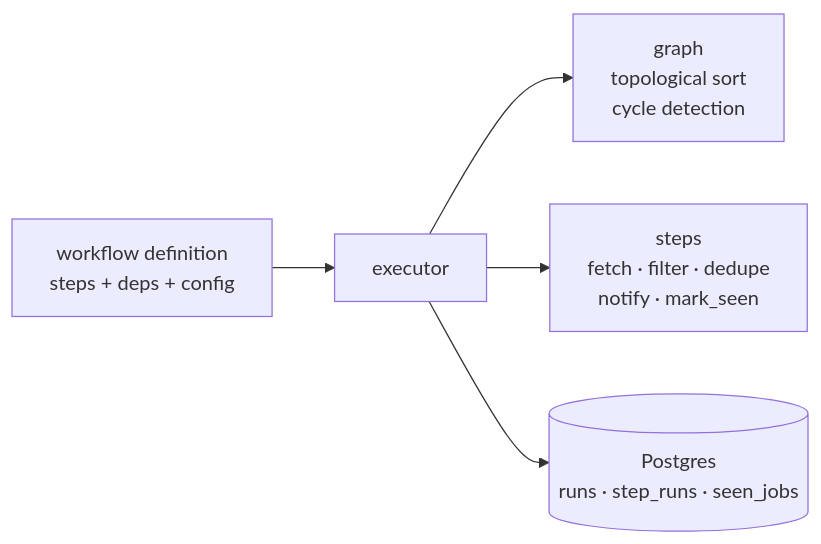
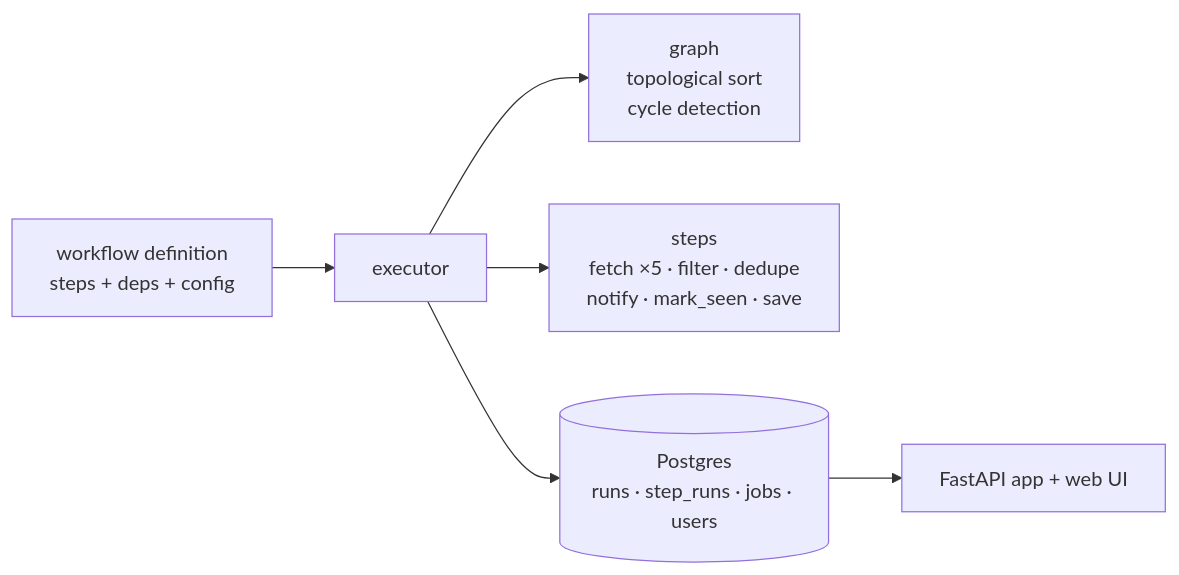
Before and after one commit to AkshitaSharma211/workflow-engine: the diagram in README.md, drawn with Mermaid. The commit also changed other lines of this file, not shown here.

````diff
--- a/README.md
+++ b/README.md
@@ -19,7 +16,8 @@
 ```mermaid
 flowchart LR
     W[workflow definition<br/>steps + deps + config] --> X[executor]
     X --> G[graph<br/>topological sort<br/>cycle detection]
-    X --> S[steps<br/>fetch · filter · dedupe<br/>notify · mark_seen]
-    X --> D[(Postgres<br/>runs · step_runs · seen_jobs)]
+    X --> S[steps<br/>fetch ×5 · filter · dedupe<br/>notify · mark_seen · save]
+    X --> D[(Postgres<br/>runs · step_runs · jobs · users)]
+    D --> A[FastAPI app + web UI]
 ```
````
